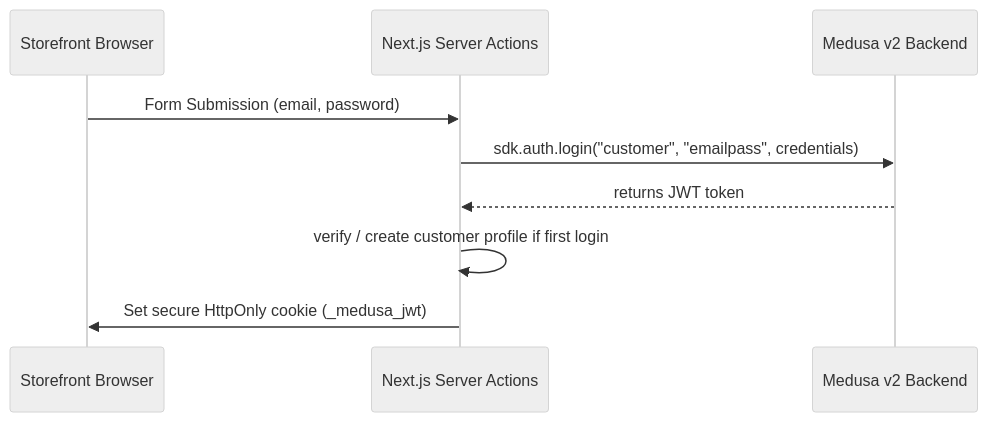
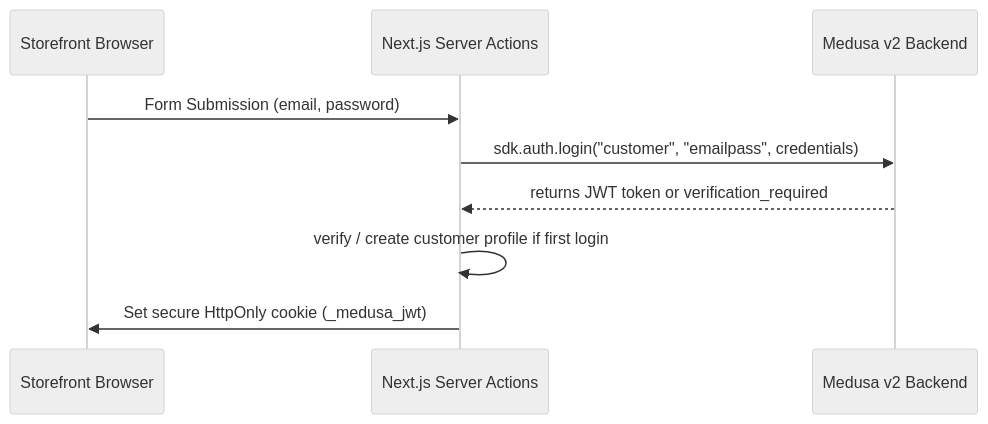
Before and after one commit to yeasin2002/ez-commerce: the diagram in apps/storefront/docs/auth-workflow.md, drawn with Mermaid (neutral theme). The commit also changed other lines of this file and 8 other files, not shown here.

Commit message:
feat: implement customer authentication flows including registration, password recovery, verification pages, and an auth event subscriber for debugging.

````diff
--- a/apps/storefront/docs/auth-workflow.md
+++ b/apps/storefront/docs/auth-workflow.md
@@ -13,12 +11,12 @@
 ```mermaid
 sequenceDiagram
     participant Browser as Storefront Browser
     participant Server as Next.js Server Actions
     participant Backend as Medusa v2 Backend
     
     Browser->>Server: Form Submission (email, password)
     Server->>Backend: sdk.auth.login("customer", "emailpass", credentials)
-    Backend-->>Server: returns JWT token
+    Backend-->>Server: returns JWT token or verification_required
     Server->>Server: verify / create customer profile if first login
     Server->>Browser: Set secure HttpOnly cookie (_medusa_jwt)
 ```
````
